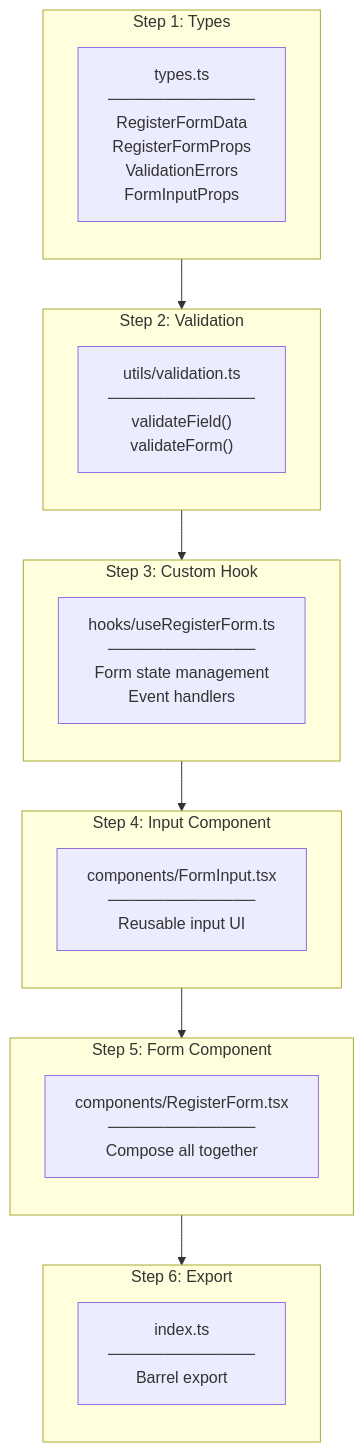
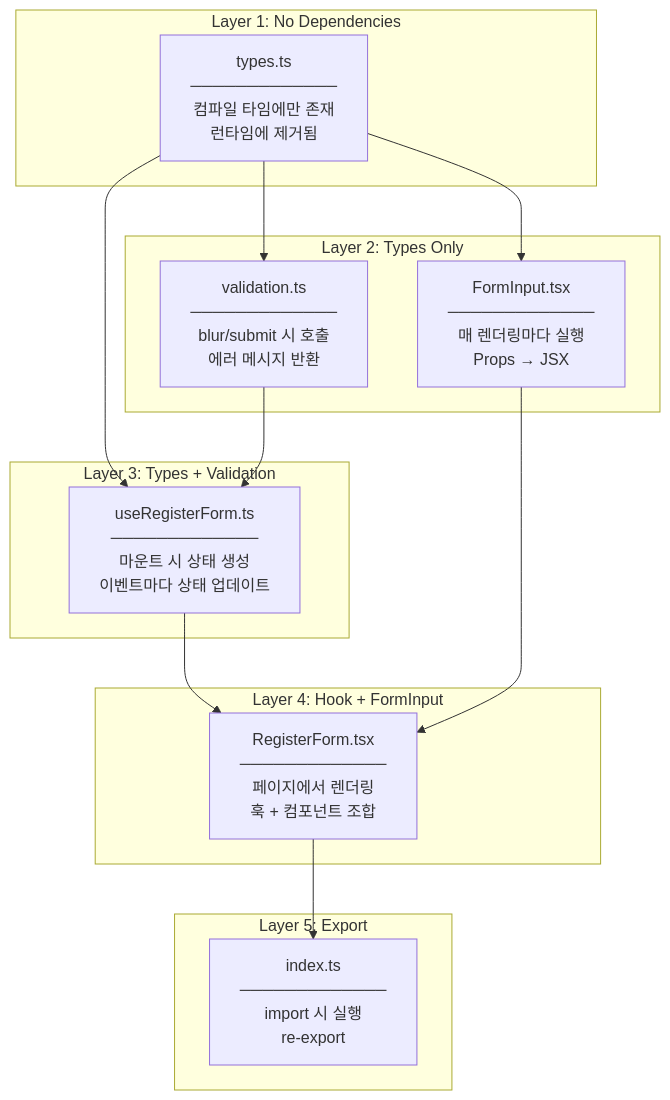
One commit to JindoKimKor/Task-Collaboration-System-Two-Tier-Architecture changed the diagram in docs/learning-notes/frontend/08-register-form/00-development-plan.md. Above: the diagram before and after it, drawn with Mermaid. The commit also changed other lines of this file and 6 other files, not shown here.

````diff
--- a/docs/learning-notes/frontend/08-register-form/00-development-plan.md
+++ b/docs/learning-notes/frontend/08-register-form/00-development-plan.md
@@ -95,34 +187,31 @@
 ```mermaid
 flowchart TB
-    subgraph STEP1["Step 1: Types"]
-        direction TB
-        Types["types.ts<br/>─────────────<br/>RegisterFormData<br/>RegisterFormProps<br/>ValidationErrors<br/>FormInputProps"]
+    subgraph LAYER1["Layer 1: No Dependencies"]
+        Types["types.ts<br/>─────────────<br/>컴파일 타임에만 존재<br/>런타임에 제거됨"]
     end
 
-    subgraph STEP2["Step 2: Validation"]
-        direction TB
-        Validation["utils/validation.ts<br/>─────────────<br/>validateField()<br/>validateForm()"]
+    subgraph LAYER2["Layer 2: Types Only"]
+        Validation["validation.ts<br/>─────────────<br/>blur/submit 시 호출<br/>에러 메시지 반환"]
+        FormInput["FormInput.tsx<br/>─────────────<br/>매 렌더링마다 실행<br/>Props → JSX"]
     end
 
-    subgraph STEP3["Step 3: Custom Hook"]
-        direction TB
-        Hook["hooks/useRegisterForm.ts<br/>─────────────<br/>Form state management<br/>Event handlers"]
+    subgraph LAYER3["Layer 3: Types + Validation"]
+        Hook["useRegisterForm.ts<br/>─────────────<br/>마운트 시 상태 생성<br/>이벤트마다 상태 업데이트"]
     end
 
-    subgraph STEP4["Step 4: Input Component"]
-        direction TB
-        Input["components/FormInput.tsx<br/>─────────────<br/>Reusable input UI"]
+    subgraph LAYER4["Layer 4: Hook + FormInput"]
+        Form["RegisterForm.tsx<br/>─────────────<br/>페이지에서 렌더링<br/>훅 + 컴포넌트 조합"]
     end
 
-    subgraph STEP5["Step 5: Form Component"]
-        direction TB
-        Form["components/RegisterForm.tsx<br/>─────────────<br/>Compose all together"]
+    subgraph LAYER5["Layer 5: Export"]
+        Index["index.ts<br/>─────────────<br/>import 시 실행<br/>re-export"]
     end
 
-    subgraph STEP6["Step 6: Export"]
-        direction TB
-        Export["index.ts<br/>─────────────<br/>Barrel export"]
-    end
-
-    STEP1 --> STEP2 --> STEP3 --> STEP4 --> STEP5 --> STEP6
+    Types --> Validation
+    Types --> FormInput
+    Types --> Hook
+    Validation --> Hook
+    Hook --> Form
+    FormInput --> Form
+    Form --> Index
 ```
````
